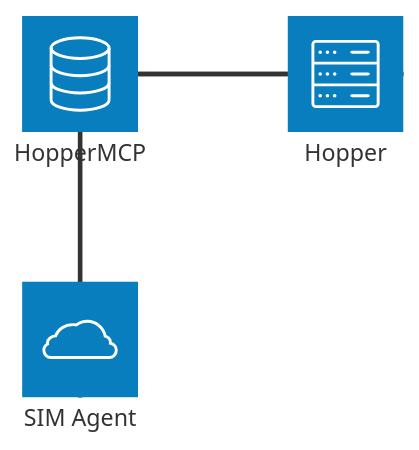
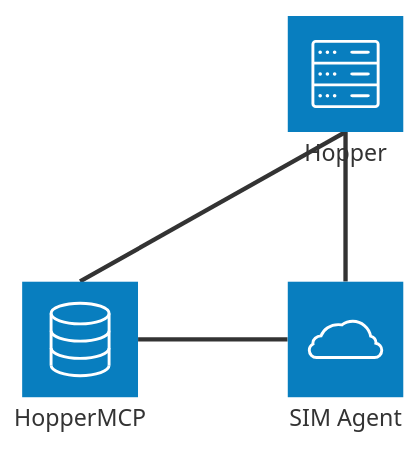
One commit to diging/hopper changed the diagram in README.md. Above: the diagram before and after it, drawn with Mermaid. The commit also changed other lines of this file, not shown here.

Commit message:
Fixed architecture diagram

````diff
--- a/README.md
+++ b/README.md
@@ -21,10 +23,10 @@
 ```mermaid
 architecture-beta
     service hopper(server)[Hopper]
     service mcp(database)[HopperMCP]
     service sim(cloud)[SIM Agent]
 
-    hopper:L -- R:mcp
-    hopper:R -- B:sim
-    sim:T -- B:mcp
+    hopper:B -- T:mcp
+    hopper:B -- T:sim
+    sim:L -- R:mcp
 ```
````
